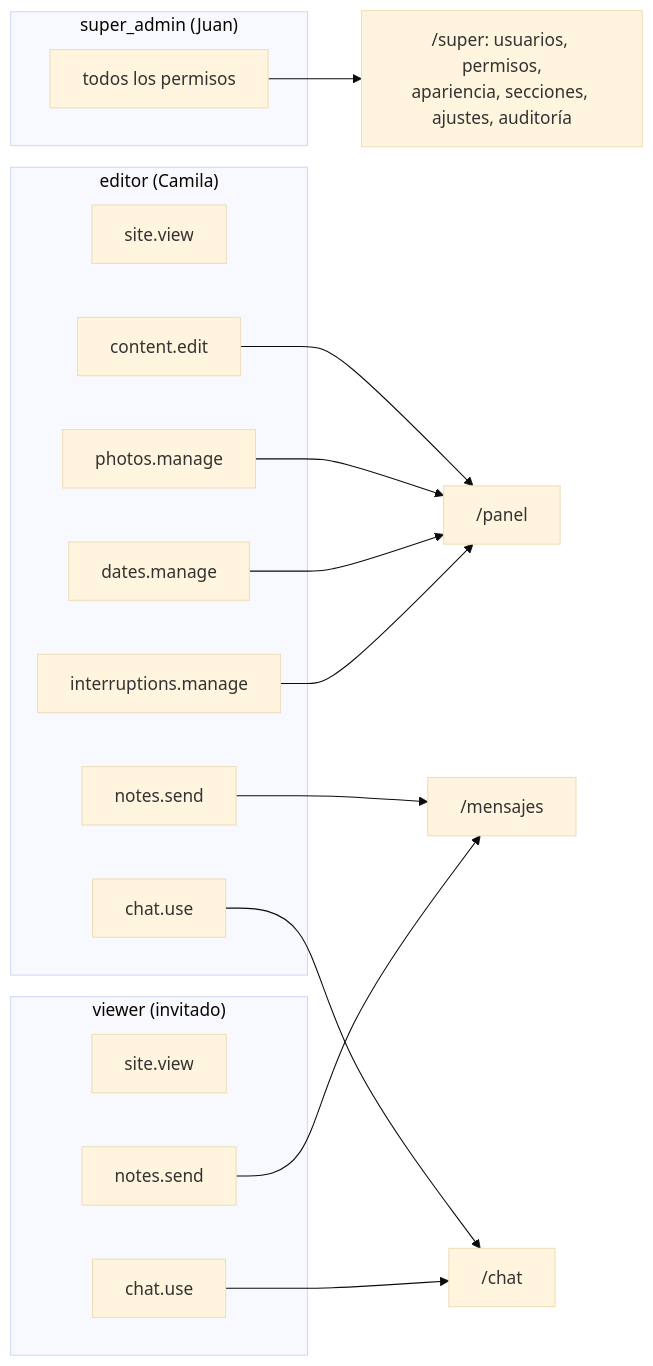
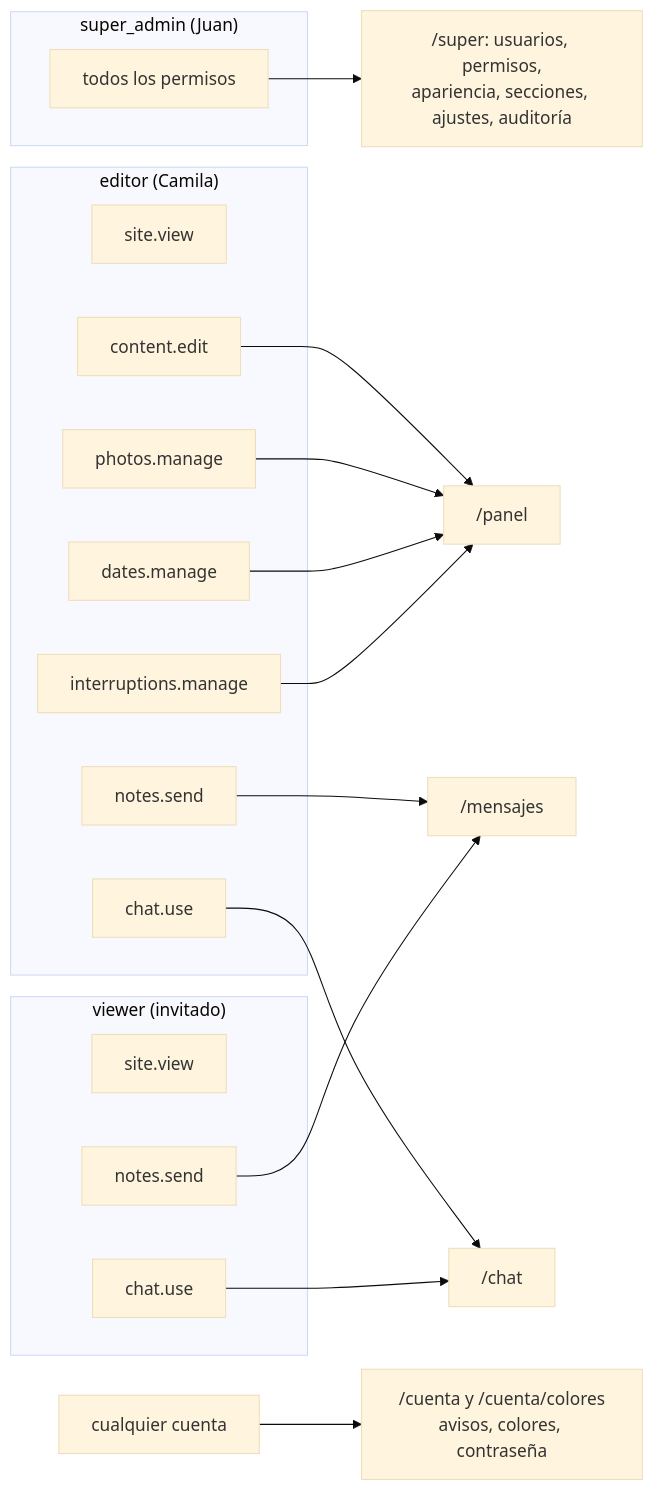
Before and after one commit to Juan-Carlos-Estevez-Vargas/Camila-Sanchez: diagram 20 of 20 in docs/DIAGRAMAS.md, drawn with Mermaid (base theme). The commit also changed other lines of this file, not shown here.

Commit message:
docs(diagramas): avisos en el celular, colores por persona y despliegue de push

````diff
--- a/docs/DIAGRAMAS.md
+++ b/docs/DIAGRAMAS.md
@@ -465,24 +561,25 @@
 ```mermaid
 flowchart LR
   subgraph super_admin["super_admin (Juan)"]
     ALL["todos los permisos"]
   end
   subgraph editor["editor (Camila)"]
     E1["site.view"]
     E2["content.edit"]
     E3["photos.manage"]
     E4["dates.manage"]
     E5["interruptions.manage"]
     E6["notes.send"]
     E7["chat.use"]
   end
   subgraph viewer["viewer (invitado)"]
     V1["site.view"]
     V2["notes.send"]
     V3["chat.use"]
   end
   ALL --> SUPER["/super: usuarios, permisos,<br/>apariencia, secciones, ajustes, auditoría"]
   E2 & E3 & E4 & E5 --> PANEL["/panel"]
   E6 & V2 --> MSG["/mensajes"]
   E7 & V3 --> CHAT["/chat"]
+  ANY["cualquier cuenta"] --> CUENTA["/cuenta y /cuenta/colores<br/>avisos, colores, contraseña"]
 ```
````
